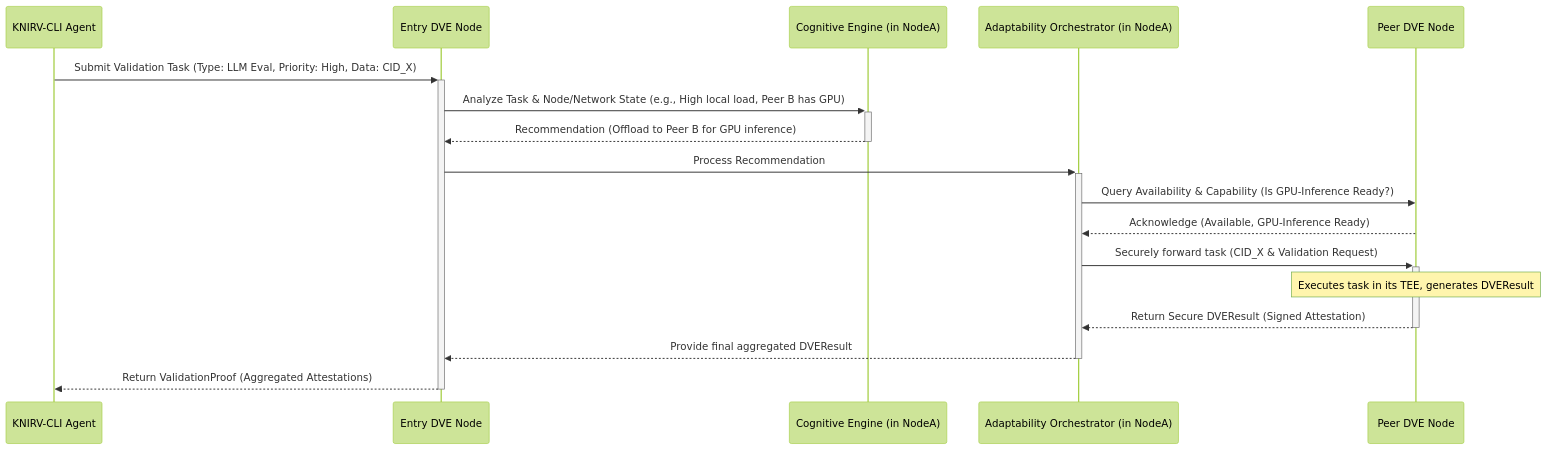
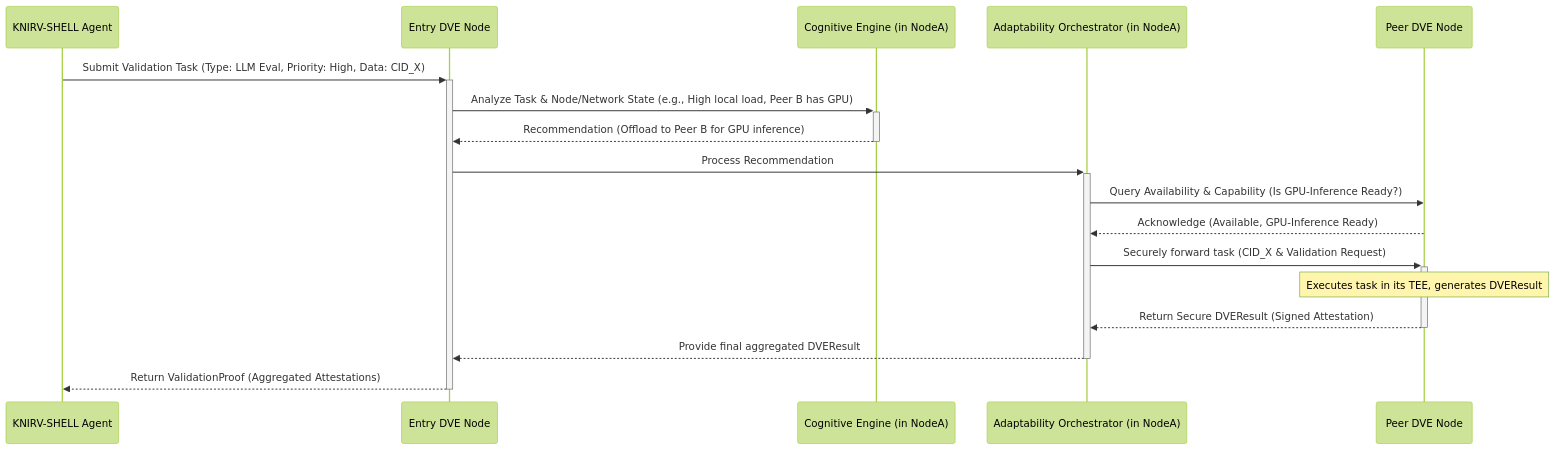
The third of 3 diagrams in KNIRVGATEWAY/network-website/public/documentation/docsify/whitepapers/KNIRV-NEXUS_Whitepaper.md (guiperry/KNIRV_NETWORK), drawn with Mermaid (forest theme) before and after one commit. The commit also changed other lines of this file and 11499 other files, not shown here.

````diff
--- a/KNIRVGATEWAY/network-website/public/documentation/docsify/whitepapers/KNIRV-NEXUS_Whitepaper.md
+++ b/KNIRVGATEWAY/network-website/public/documentation/docsify/whitepapers/KNIRV-NEXUS_Whitepaper.md
@@ -173,20 +173,20 @@
 ```mermaid
 sequenceDiagram
-    participant KS as KNIRV-CLI Agent
+    participant KS as KNIRV-SHELL Agent
     participant NodeA as Entry DVE Node
     participant CogEngine as Cognitive Engine (in NodeA)
     participant Orchestrator as Adaptability Orchestrator (in NodeA)
     participant NodeB as Peer DVE Node
 
     KS->>+NodeA: Submit Validation Task (Type: LLM Eval, Priority: High, Data: CID_X)
     NodeA->>+CogEngine: Analyze Task & Node/Network State (e.g., High local load, Peer B has GPU)
     CogEngine-->>-NodeA: Recommendation (Offload to Peer B for GPU inference)
     NodeA->>+Orchestrator: Process Recommendation
     Orchestrator->>NodeB: Query Availability & Capability (Is GPU-Inference Ready?)
     NodeB-->>Orchestrator: Acknowledge (Available, GPU-Inference Ready)
     Orchestrator->>+NodeB: Securely forward task (CID_X & Validation Request)
     Note over NodeB: Executes task in its TEE, generates DVEResult
     NodeB-->>-Orchestrator: Return Secure DVEResult (Signed Attestation)
     Orchestrator-->>-NodeA: Provide final aggregated DVEResult
     NodeA-->>-KS: Return ValidationProof (Aggregated Attestations)
 ```
````
